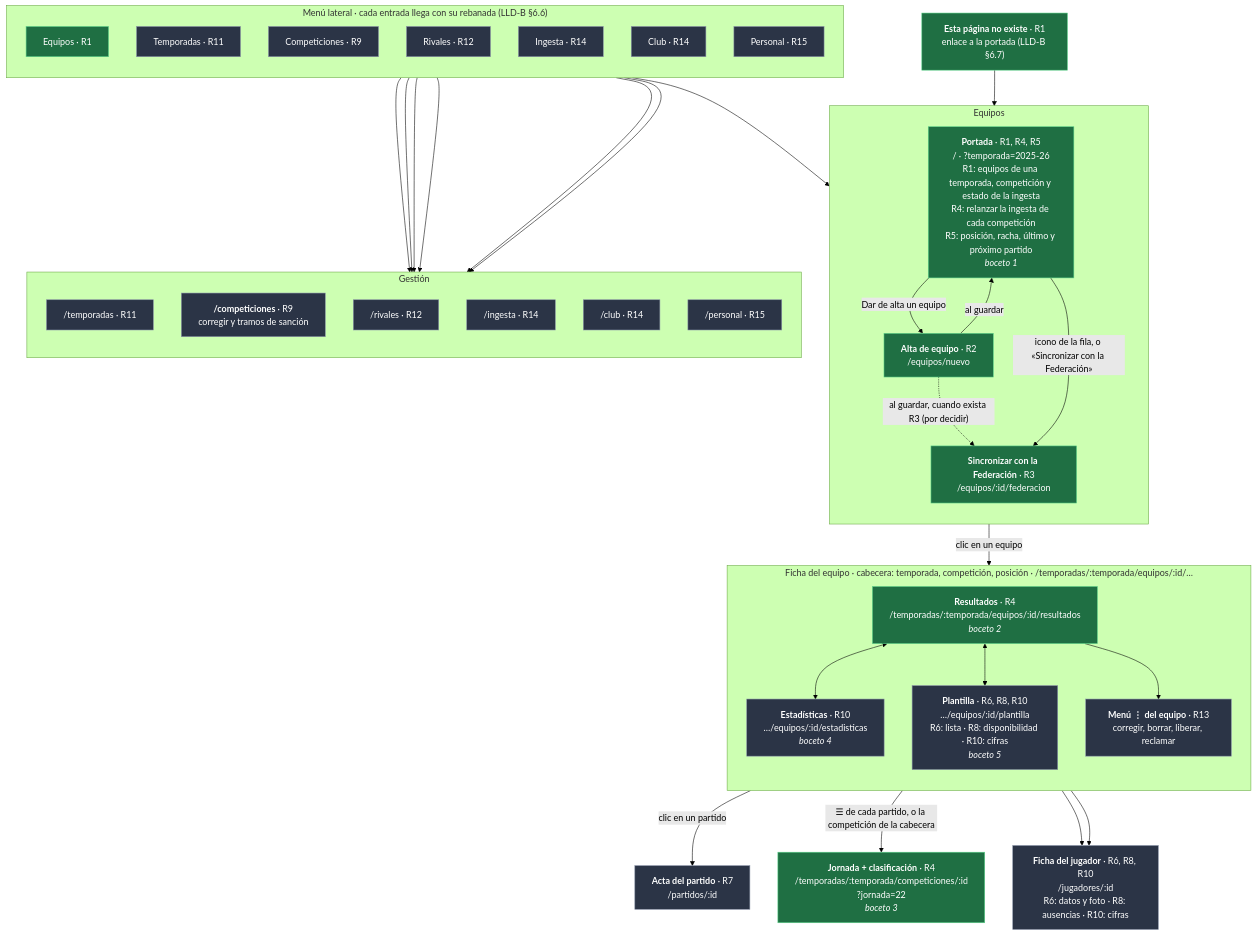
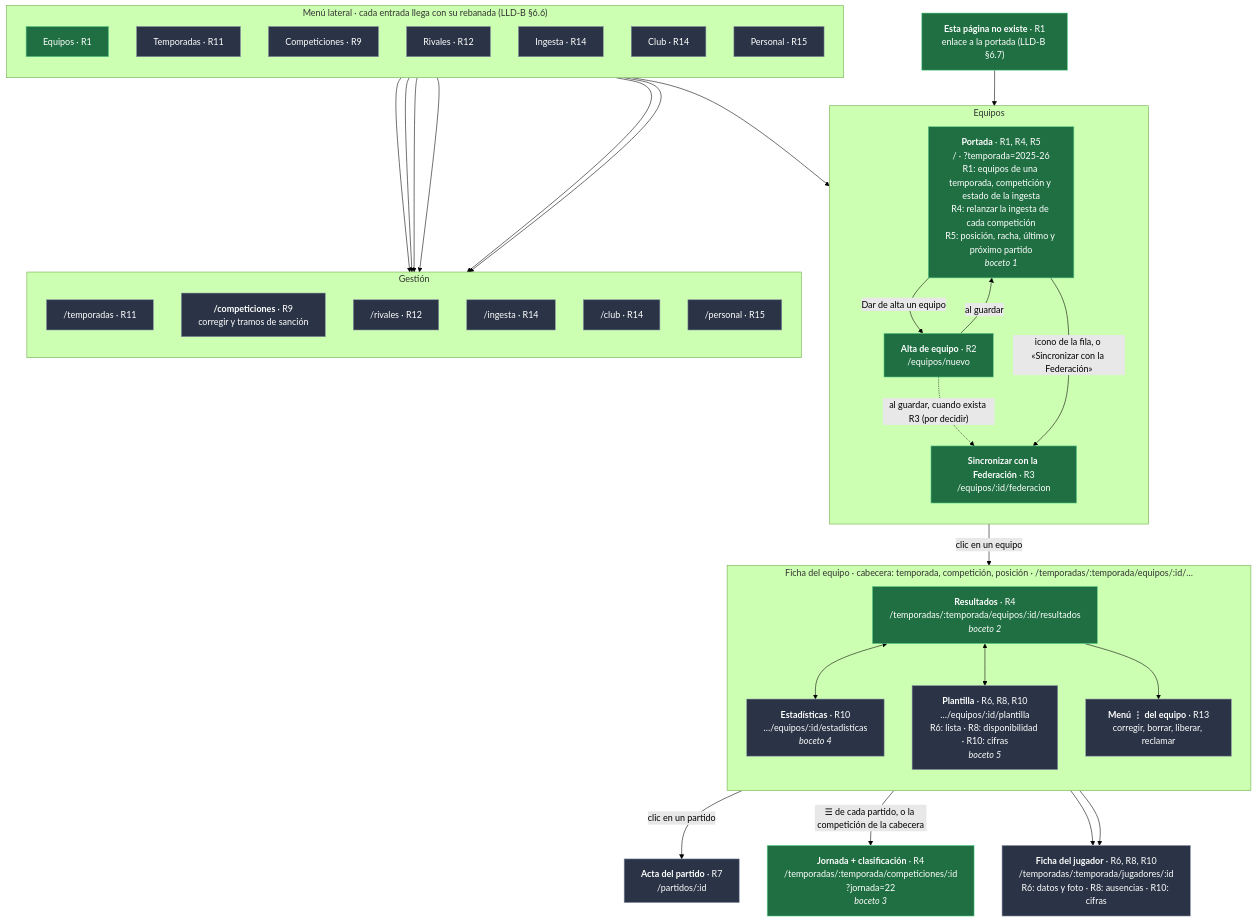
Before and after one commit to tongilcoto/mbs-TFM: the diagram in docs/Plan de desarrollo backoffice-001.md, drawn with Mermaid (forest theme). The commit also changed other lines of this file and 3 other files, not shown here.

````diff
--- a/docs/Plan de desarrollo backoffice-001.md
+++ b/docs/Plan de desarrollo backoffice-001.md
@@ -132,73 +132,73 @@
 ```mermaid
 flowchart TB
     subgraph MENU["Menú lateral · cada entrada llega con su rebanada (LLD-B §6.6)"]
         direction TB
         mEq["Equipos · R1"]
         mTem["Temporadas · R11"]
         mCom["Competiciones · R9"]
         mRiv["Rivales · R12"]
         mIng["Ingesta · R14"]
         mClub["Club · R14"]
         mPer["Personal · R15"]
     end
 
     subgraph EQUIPOS["Equipos"]
         direction TB
         P["<b>Portada</b> · R1, R4, R5<br/>/ · ?temporada=2025-26<br/>R1: equipos de una temporada, competición y estado de la ingesta<br/>R4: relanzar la ingesta de cada competición<br/>R5: posición, racha, último y próximo partido<br/><i>boceto 1</i>"]
         A["<b>Alta de equipo</b> · R2<br/>/equipos/nuevo"]
         F["<b>Sincronizar con la Federación</b> · R3<br/>/equipos/:id/federacion"]
     end
 
     subgraph FICHA["Ficha del equipo · cabecera: temporada, competición, posición · /temporadas/:temporada/equipos/:id/…"]
         direction TB
         R["<b>Resultados</b> · R4<br/>/temporadas/:temporada/equipos/:id/resultados<br/><i>boceto 2</i>"]
         E["<b>Estadísticas</b> · R10<br/>…/equipos/:id/estadisticas<br/><i>boceto 4</i>"]
         PL["<b>Plantilla</b> · R6, R8, R10<br/>…/equipos/:id/plantilla<br/>R6: lista · R8: disponibilidad · R10: cifras<br/><i>boceto 5</i>"]
         AX["<b>Menú ⋮ del equipo</b> · R13<br/>corregir, borrar, liberar, reclamar"]
     end
 
     J["<b>Jornada + clasificación</b> · R4<br/>/temporadas/:temporada/competiciones/:id<br/>?jornada=22<br/><i>boceto 3</i>"]
     ACTA["<b>Acta del partido</b> · R7<br/>/partidos/:id"]
-    JUG["<b>Ficha del jugador</b> · R6, R8, R10<br/>/jugadores/:id<br/>R6: datos y foto · R8: ausencias · R10: cifras"]
+    JUG["<b>Ficha del jugador</b> · R6, R8, R10<br/>/temporadas/:temporada/jugadores/:id<br/>R6: datos y foto · R8: ausencias · R10: cifras"]
 
     subgraph GESTION["Gestión"]
         direction TB
         GT["/temporadas · R11"]
         GCo["<b>/competiciones</b> · R9<br/>corregir y tramos de sanción"]
         GR["/rivales · R12"]
         GI["/ingesta · R14"]
         GC["/club · R14"]
         GP["/personal · R15"]
     end
 
     NF["<b>Esta página no existe</b> · R1<br/>enlace a la portada (LLD-B §6.7)"]
 
     mEq --> P
     mTem --> GT
     mCom --> GCo
     mRiv --> GR
     mIng --> GI
     mClub --> GC
     mPer --> GP
 
     P -->|"Dar de alta un equipo"| A
     A -->|"al guardar"| P
     A -.->|"al guardar, cuando exista R3 (por decidir)"| F
     P -->|"icono de la fila, o «Sincronizar con la Federación»"| F
     P -->|"clic en un equipo"| R
     R <--> E
     R <--> PL
     R --> AX
     R -->|"clic en un partido"| ACTA
     R -->|"☰ de cada partido, o la competición de la cabecera"| J
     PL --> JUG
     E --> JUG
     NF --> P
 
     classDef hecha fill:#1f6f43,stroke:#5bd38a,color:#fff
     classDef enCurso fill:#6b4a12,stroke:#f0b54a,color:#fff
     classDef pendiente fill:#2b3446,stroke:#8a94a8,color:#fff
     classDef hueco fill:#2b3446,stroke:#f0b54a,color:#fff,stroke-dasharray:5 5
     class mEq,NF,P,A,F,R,J hecha
     class mTem,mCom,mRiv,mIng,mClub,mPer,E,PL,AX,ACTA,JUG,GT,GCo,GR,GI,GC,GP pendiente
 ```
````
